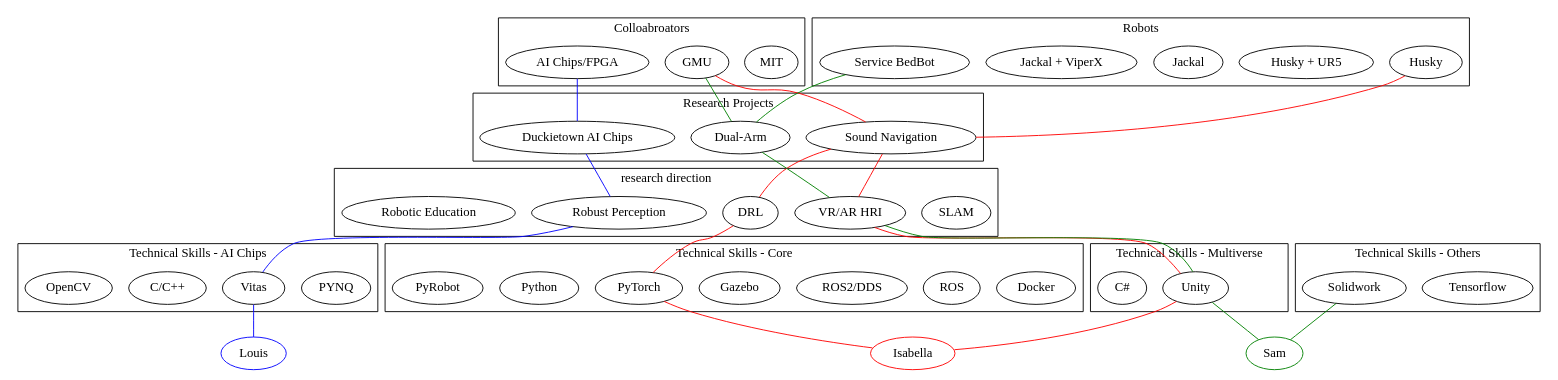
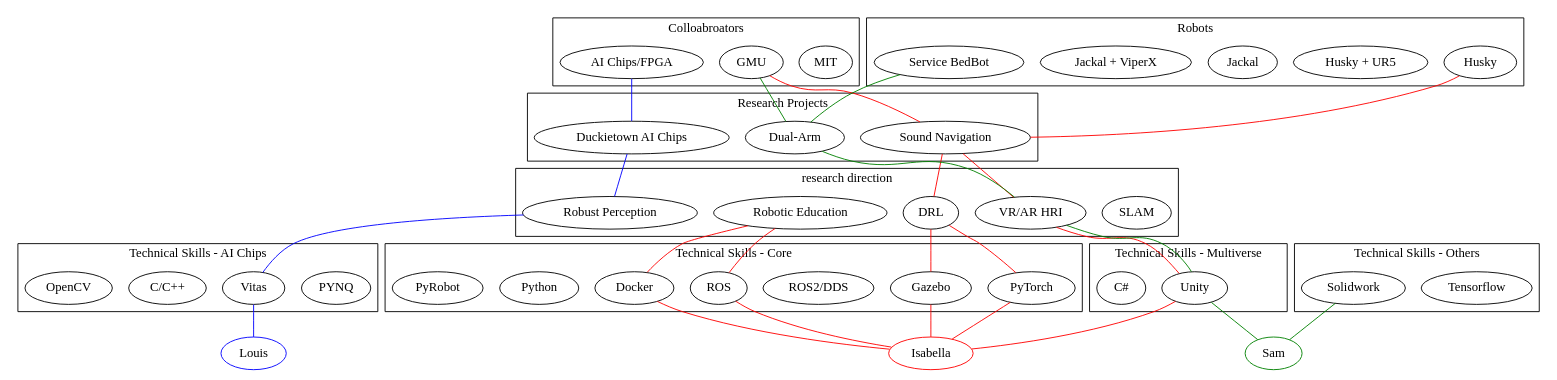
The diagram in research_tree_lab.dot (ARG-NCTU/robotics-skill-tree), drawn with Graphviz before and after one commit.

Commit message:
add isabella's skills

```diff
--- a/research_tree_lab.dot
+++ b/research_tree_lab.dot
@@ -1,59 +1,62 @@
 
 graph {
 subgraph cluster_A {
 label = "Colloabroators" ;
 "MIT" "GMU" "AI Chips/FPGA"
 }
 
 subgraph cluster_A1 {
 label = "Robots" ;
 "Husky" "Husky + UR5" "Jackal" "Jackal + ViperX" "Service BedBot"
 }
 
 subgraph cluster_B{
 label = "Research Projects" ;
 "Duckietown AI Chips" "Sound Navigation" "Dual-Arm"
 
 }
 
 subgraph cluster_C{
 label = "research direction";
 "SLAM" "DRL" "Robust Perception" "VR/AR HRI" "Robotic Education"
 }
 
 subgraph cluster_D{
 label = "Technical Skills - Core" ;
 "Docker" "ROS" "ROS2/DDS" "Gazebo" "PyTorch" "Python" "PyRobot"
 }
 
 subgraph cluster_D1{
 label = "Technical Skills - Multiverse" ;
 "Unity" "C#" 
 }
 
 subgraph cluster_D2{
 label = "Technical Skills - AI Chips" ;
  "PYNQ" "Vitas" "C/C++" "OpenCV"
 }
 
 subgraph cluster_D3{
 label = "Technical Skills - Others" ;
 "ROS" "ROS2/DDS" "Tensorflow" "Solidwork" 
 }
 
 "Isabella" [color=red];
 "GMU" -- "Sound Navigation" -- "VR/AR HRI" -- "Unity" -- "Isabella"[color=red];
 "Husky" --  "Sound Navigation" -- "DRL" -- "PyTorch" -- "Isabella"[color=red];
+"DRL" -- "Gazebo" -- "Isabella"[color=red];
+"Robotic Education" -- "ROS" -- "Isabella"[color=red];
+"Robotic Education" -- "Docker" -- "Isabella"[color=red];
 
 
 "Sam" [color=green];
 "GMU" -- "Dual-Arm" -- "VR/AR HRI" -- "Unity" -- "Sam"[color=green];
 "Service BedBot" --  "Dual-Arm" [color=green]; 
 "Solidwork" -- "Sam"[color=green];
 
 "Louis" [color=blue];
 "AI Chips/FPGA" -- "Duckietown AI Chips" -- "Robust Perception" -- "Vitas" -- "Louis"[color=blue];
 
 
 
 }
```
